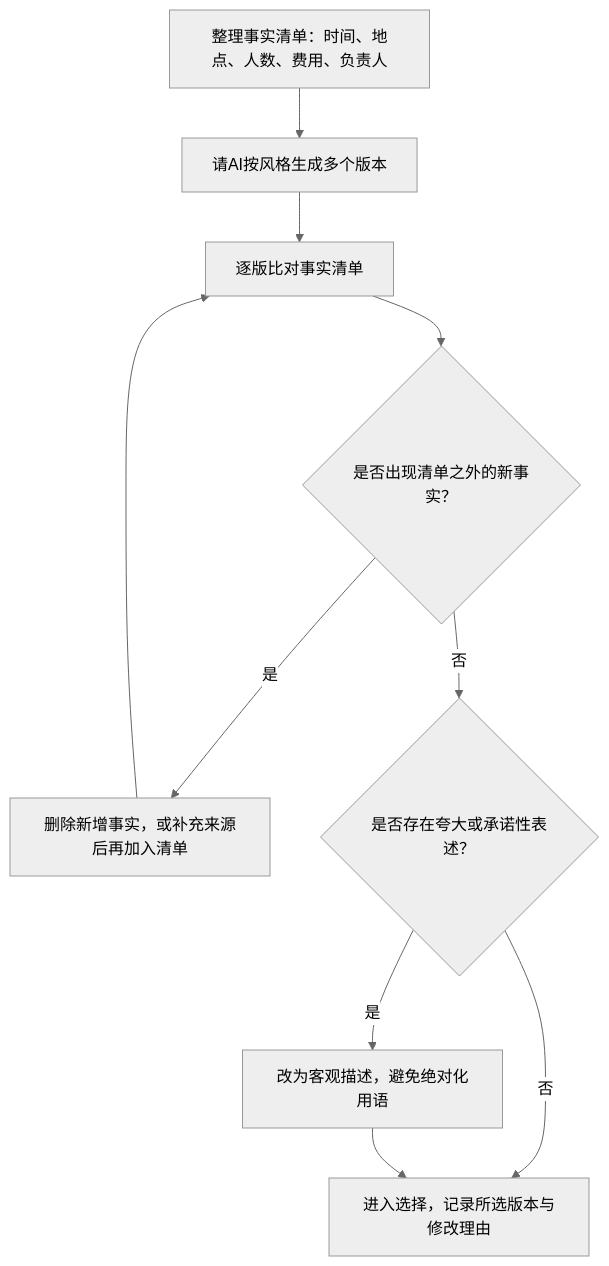
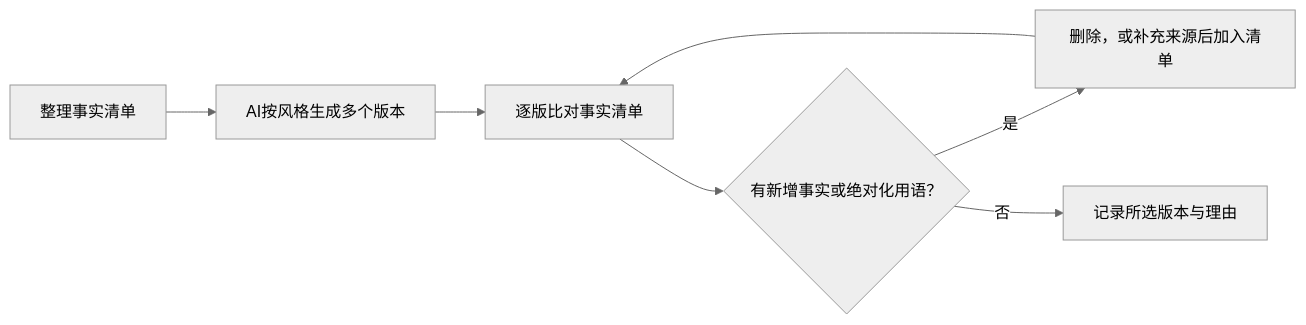
One commit to xuehui003-1/book changed the diagram in 《AI工具实战应用》/章节图片/第3章/mermaid/08_多版本文案流程.mmd. Above: the diagram before and after it, drawn with Mermaid (neutral theme). The commit also changed 18 other files, not shown here.

Commit message:
AI工具实战应用：修正第3章图片布局（横向流程、中文字体）、重新生成第3章docx；修正第2章核验难度象限图标题截断并更新样章v7/v8

```diff
--- a/《AI工具实战应用》/章节图片/第3章/mermaid/08_多版本文案流程.mmd
+++ b/《AI工具实战应用》/章节图片/第3章/mermaid/08_多版本文案流程.mmd
@@ -1,10 +1,7 @@
-flowchart TB
-  A["整理事实清单：时间、地点、人数、费用、负责人"] --> B["请AI按风格生成多个版本"]
+flowchart LR
+  A["整理事实清单"] --> B["AI按风格生成多个版本"]
   B --> C["逐版比对事实清单"]
-  C --> D{"是否出现清单之外的新事实？"}
-  D -->|"是"| E["删除新增事实，或补充来源后再加入清单"]
-  D -->|"否"| F{"是否存在夸大或承诺性表述？"}
+  C --> D{"有新增事实或绝对化用语？"}
+  D -->|"是"| E["删除，或补充来源后加入清单"]
   E --> C
-  F -->|"是"| G["改为客观描述，避免绝对化用语"]
-  F -->|"否"| H["进入选择，记录所选版本与修改理由"]
-  G --> H
+  D -->|"否"| F["记录所选版本与理由"]
```
